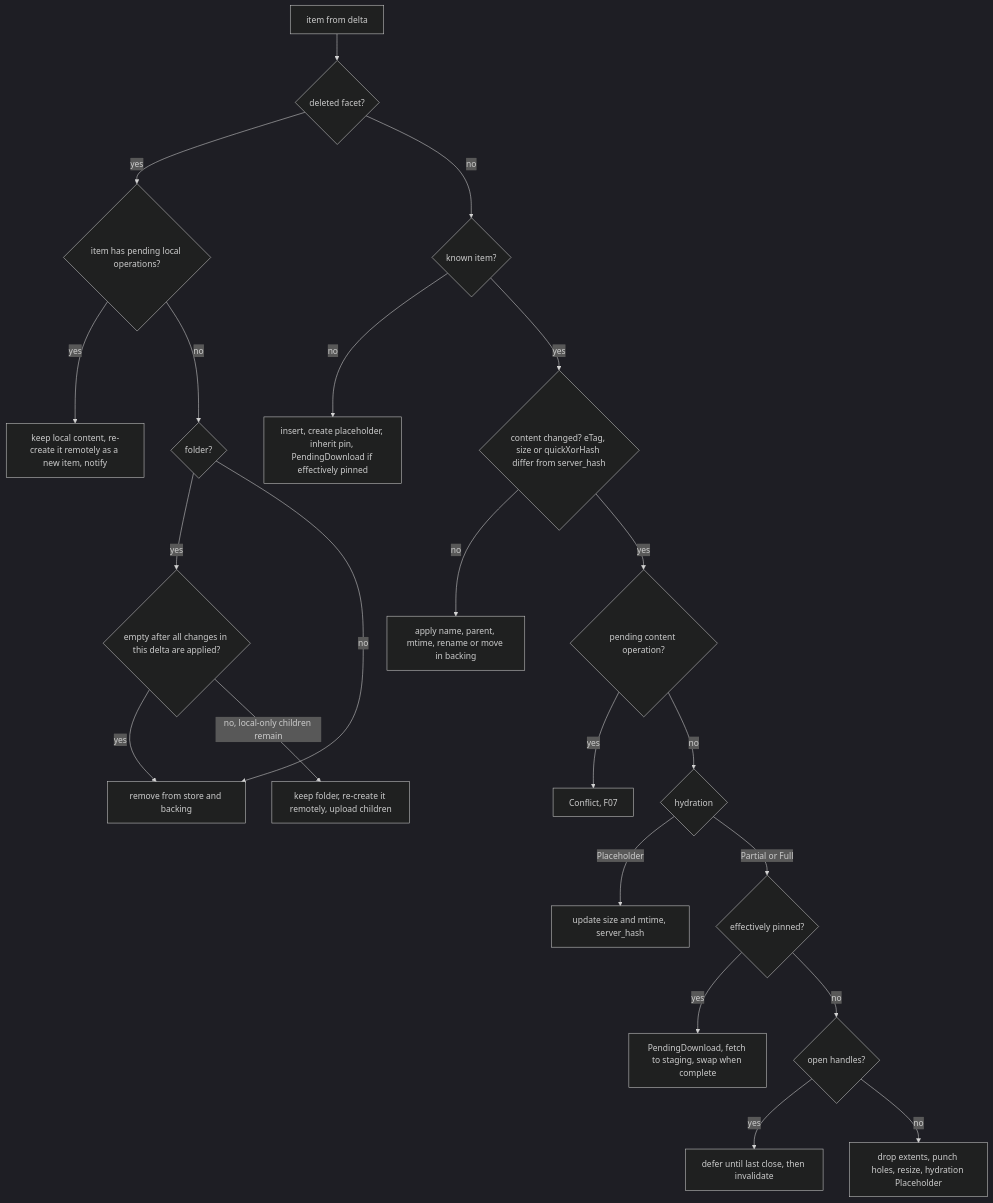
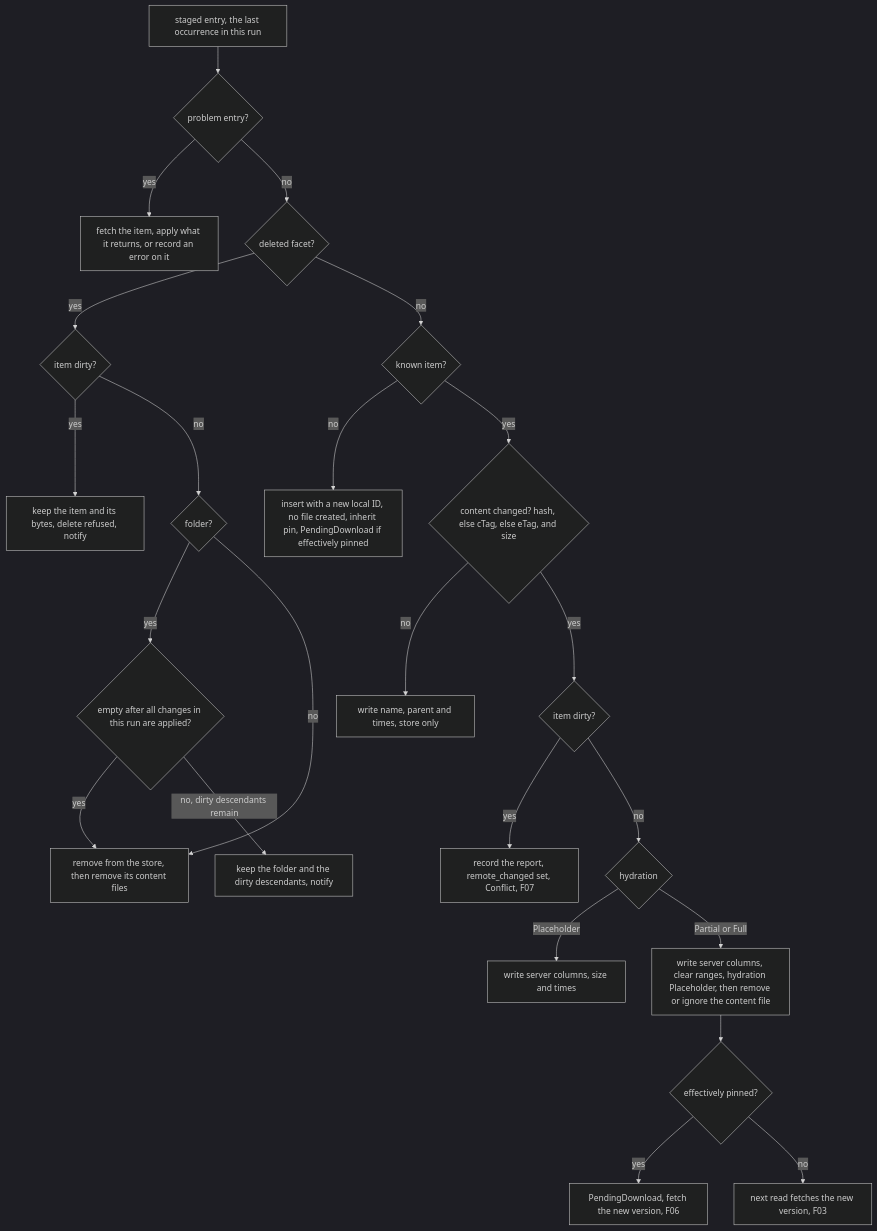
The second of 2 diagrams in docs/flows/F05-remote-change.md (paulpitchford/my-drive), drawn with Mermaid (dark theme) before and after one commit. The commit also changed other lines of this file and 19 other files, not shown here.

First line of the commit message:
docs(flows): amend flows and journeys for the M1 decisions

````diff
--- a/docs/flows/F05-remote-change.md
+++ b/docs/flows/F05-remote-change.md
@@ -55,24 +51,25 @@
 ```mermaid
 flowchart TD
-    A["item from delta"] --> D{"deleted facet?"}
-    D -->|yes| L1{"item has pending local operations?"}
-    L1 -->|yes| K1["keep local content, re-create it remotely as a new item, notify"]
+    A["staged entry, the last occurrence in this run"] --> PB{"problem entry?"}
+    PB -->|yes| FE["fetch the item, apply what it returns, or record an error on it"]
+    PB -->|no| D{"deleted facet?"}
+    D -->|yes| L1{"item dirty?"}
+    L1 -->|yes| K1["keep the item and its bytes, delete refused, notify"]
     L1 -->|no| F1{"folder?"}
-    F1 -->|yes| F2{"empty after all changes in this delta are applied?"}
-    F2 -->|yes| RM["remove from store and backing"]
-    F2 -->|"no, local-only children remain"| K2["keep folder, re-create it remotely, upload children"]
+    F1 -->|yes| F2{"empty after all changes in this run are applied?"}
+    F2 -->|yes| RM["remove from the store, then remove its content files"]
+    F2 -->|"no, dirty descendants remain"| K2["keep the folder and the dirty descendants, notify"]
     F1 -->|no| RM
     D -->|no| N{"known item?"}
-    N -->|no| NEW["insert, create placeholder, inherit pin, PendingDownload if effectively pinned"]
-    N -->|yes| C{"content changed? eTag, size or quickXorHash differ from server_hash"}
-    C -->|no| META["apply name, parent, mtime, rename or move in backing"]
-    C -->|yes| L2{"pending content operation?"}
-    L2 -->|yes| CF["Conflict, F07"]
+    N -->|no| NEW["insert with a new local ID, no file created, inherit pin, PendingDownload if effectively pinned"]
+    N -->|yes| C{"content changed? hash, else cTag, else eTag, and size"}
+    C -->|no| META["write name, parent and times, store only"]
+    C -->|yes| L2{"item dirty?"}
+    L2 -->|yes| CF["record the report, remote_changed set, Conflict, F07"]
     L2 -->|no| H{"hydration"}
-    H -->|"Placeholder"| U1["update size and mtime, server_hash"]
-    H -->|"Partial or Full"| P{"effectively pinned?"}
-    P -->|yes| PD["PendingDownload, fetch to staging, swap when complete"]
-    P -->|no| O{"open handles?"}
-    O -->|yes| DEF["defer until last close, then invalidate"]
-    O -->|no| INV["drop extents, punch holes, resize, hydration Placeholder"]
+    H -->|"Placeholder"| U1["write server columns, size and times"]
+    H -->|"Partial or Full"| INV["write server columns, clear ranges, hydration Placeholder, then remove or ignore the content file"]
+    INV --> P{"effectively pinned?"}
+    P -->|yes| PD["PendingDownload, fetch the new version, F06"]
+    P -->|no| DONE["next read fetches the new version, F03"]
 ```
````
